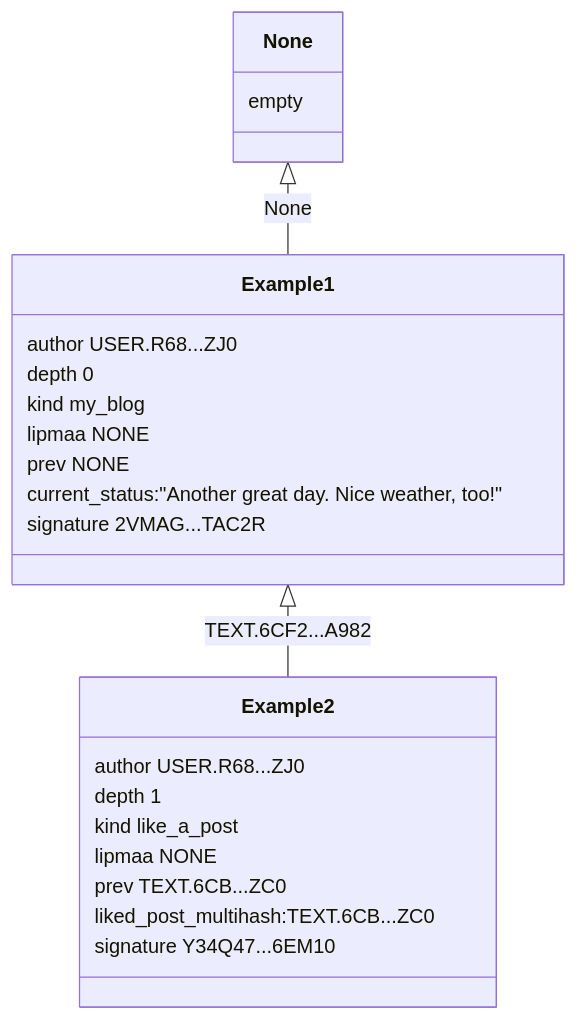
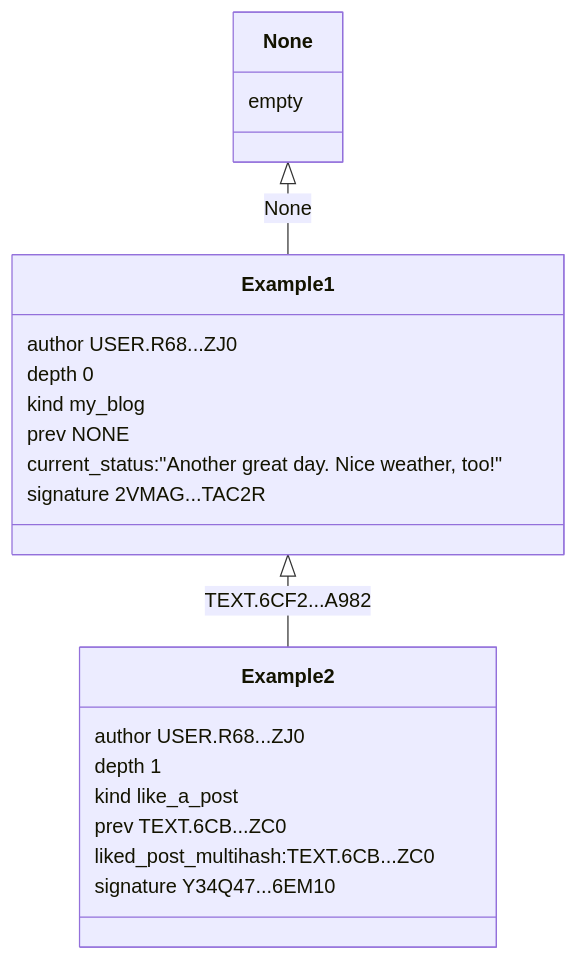
One commit to PigeonProtocolConsortium/pigeon-spec changed the diagram in diagram.md. Above: the diagram before and after it, drawn with Mermaid. The commit also changed 4 other files, not shown here.

````diff
--- a/diagram.md
+++ b/diagram.md
@@ -2,33 +2,31 @@
 ```mermaid
 classDiagram
 	None <|-- Example1: None
 	Example1 <|-- Example2: TEXT.6CF2...A982
 
   class None{
     empty
   }
 
 	class Example1{
     author USER.R68...ZJ0
     depth 0
     kind my_blog
-    lipmaa NONE
     prev NONE
 
     current_status:"Another great day. Nice weather, too!"
 
     signature 2VMAG...TAC2R
 	}
 
 	class Example2{
     author USER.R68...ZJ0
     depth 1
     kind like_a_post
-    lipmaa NONE
     prev TEXT.6CB...ZC0
 
     liked_post_multihash:TEXT.6CB...ZC0
 
     signature Y34Q47...6EM10
 	}
 ```
````
